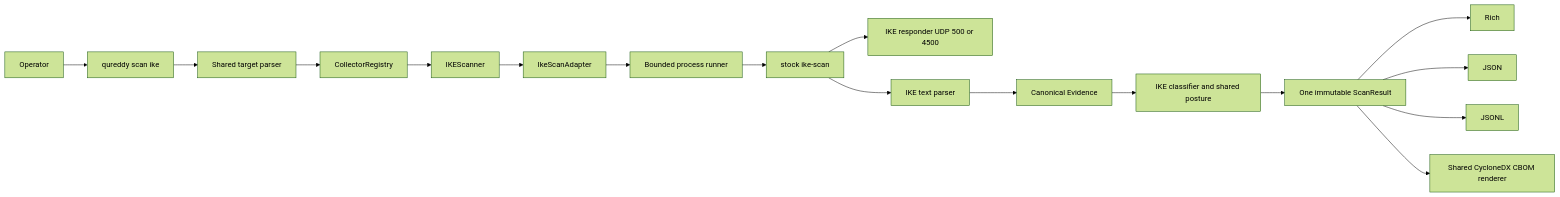
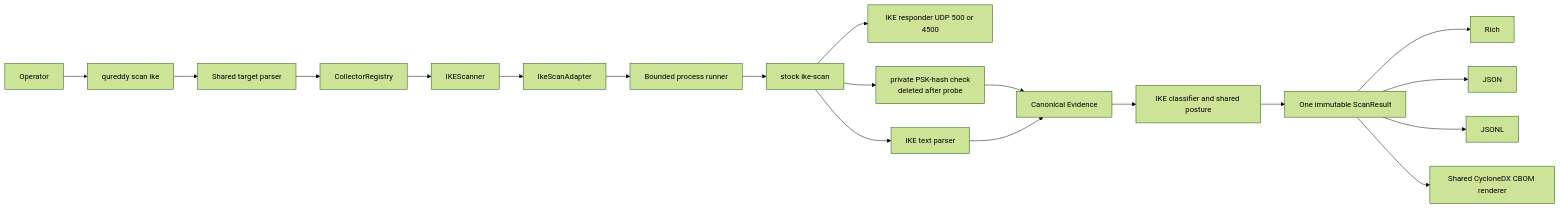
Before and after one commit to BreachSAFE/qureddy: the first of 2 diagrams in docs/architecture/ike-scan-backend-adr.md, drawn with Mermaid (forest theme). The commit also changed other lines of this file and 11 other files, not shown here.

Commit message:
feat(ike): report aggressive PSK hash exposure

````diff
--- a/docs/architecture/ike-scan-backend-adr.md
+++ b/docs/architecture/ike-scan-backend-adr.md
@@ -45,19 +45,21 @@
 ```mermaid
 flowchart LR
     operator["Operator"] --> cli["qureddy scan ike"]
     cli --> target["Shared target parser"]
     target --> registry["CollectorRegistry"]
     registry --> scanner["IKEScanner"]
     scanner --> adapter["IkeScanAdapter"]
     adapter --> process["Bounded process runner"]
     process --> tool["stock ike-scan"]
     tool --> peer["IKE responder UDP 500 or 4500"]
+    tool --> private["private PSK-hash check\ndeleted after probe"]
     tool --> parser["IKE text parser"]
-    parser --> evidence["Canonical Evidence"]
+    private --> evidence["Canonical Evidence"]
+    parser --> evidence
     evidence --> policy["IKE classifier and shared posture"]
     policy --> result["One immutable ScanResult"]
     result --> rich["Rich"]
     result --> json["JSON"]
     result --> jsonl["JSONL"]
     result --> cbom["Shared CycloneDX CBOM renderer"]
 ```
````
